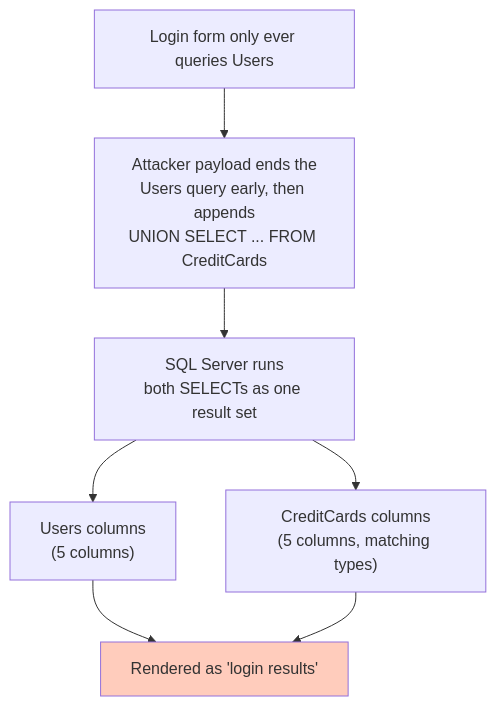
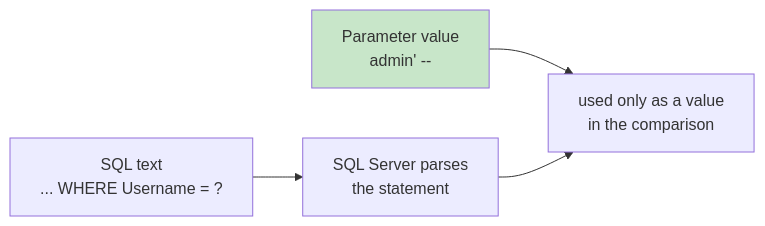
The second of 3 diagrams in demos/cyber-lab/lab.md (tjovic/database-design-labs-public), drawn with Mermaid before and after one commit. The commit also changed other lines of this file and 14 other files, not shown here.

````diff
--- a/demos/cyber-lab/lab.md
+++ b/demos/cyber-lab/lab.md
@@ -154,10 +128,7 @@
 ```mermaid
-flowchart TD
-    A["Login form only ever queries Users"] --> B["Attacker payload ends the<br/>Users query early, then appends<br/>UNION SELECT ... FROM CreditCards"]
-    B --> C["SQL Server runs<br/>both SELECTs as one result set"]
-    C --> D["Users columns<br/>(5 columns)"]
-    C --> E["CreditCards columns<br/>(5 columns, matching types)"]
-    D --> F["Rendered as 'login results'"]
-    E --> F
-    style F fill:#ffccbc
+flowchart LR
+    A["SQL text<br/>... WHERE Username = ?"] --> P["SQL Server parses<br/>the statement"]
+    B["Parameter value<br/>admin' --"] --> E["used only as a value<br/>in the comparison"]
+    P --> E
+    style B fill:#c8e6c9
 ```
````
